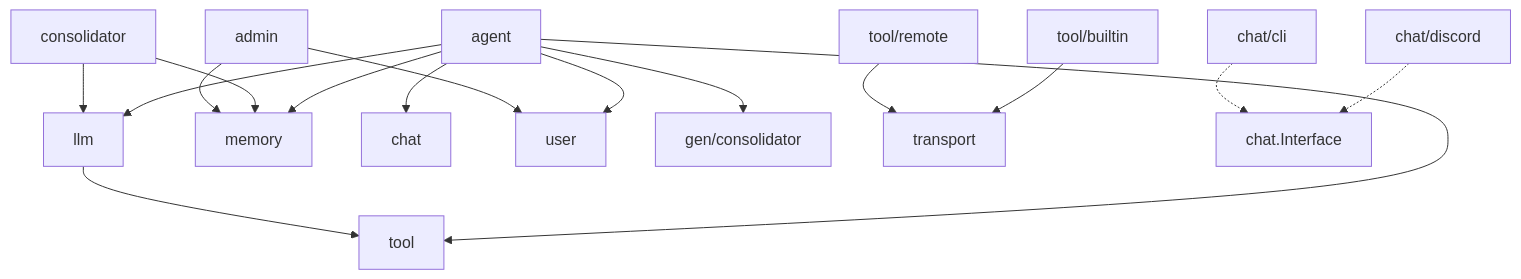
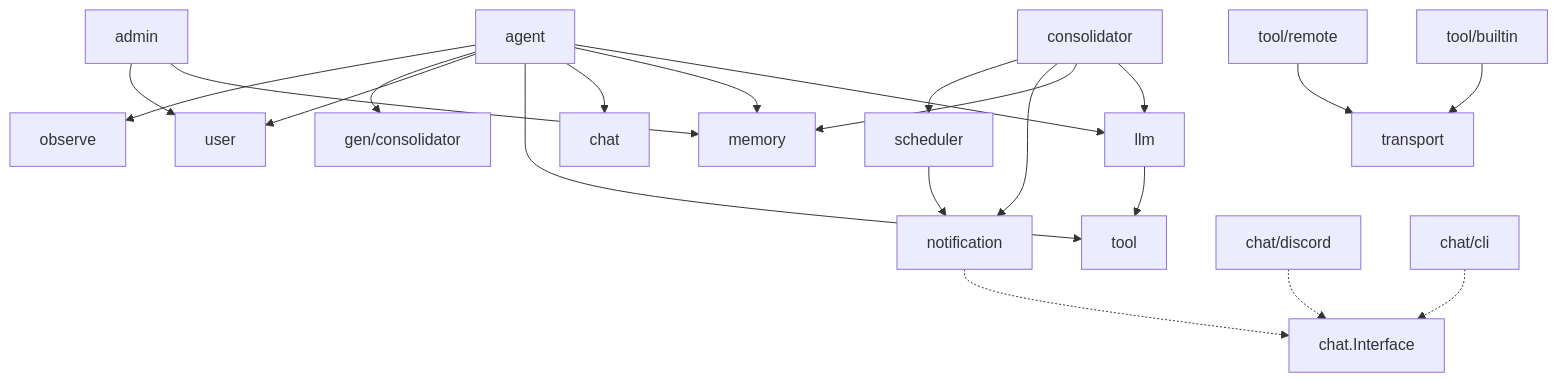
Before and after one commit to haryoiro/suzuha: the second of 2 diagrams in .claude/rules/architecture.md, drawn with Mermaid. The commit also changed other lines of this file and 4 other files, not shown here.

First line of the commit message:
📝 ドキュメント更新: notification, observe, scheduler, data

````diff
--- a/.claude/rules/architecture.md
+++ b/.claude/rules/architecture.md
@@ -48,9 +51,11 @@
 ```mermaid
 graph TD
-  agent --> llm & memory & chat & tool & user & gen/consolidator
-  consolidator --> llm & memory
+  agent --> llm & memory & chat & tool & user & gen/consolidator & observe
+  consolidator --> llm & memory & notification & scheduler
   admin --> memory & user
+  scheduler --> notification
   llm --> tool
   tool/builtin & tool/remote --> transport
   chat/discord & chat/cli -.-> chat.Interface
+  notification -.-> chat.Interface
 ```
````
